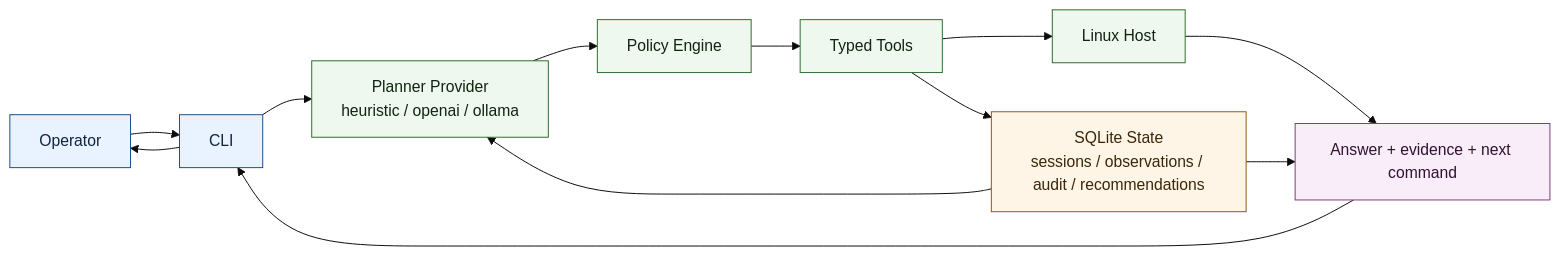
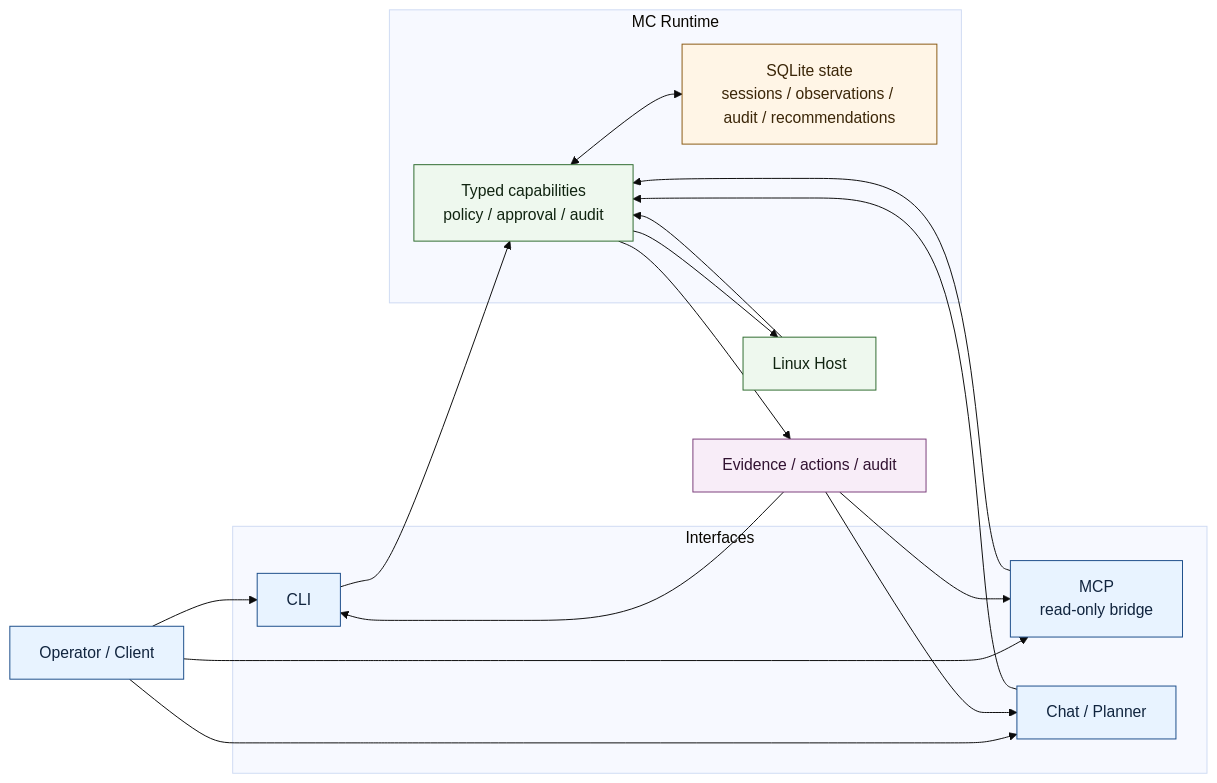
Before and after one commit to N1ghthill/master-control: the diagram in docs/diagrams/readme-overview.mmd, drawn with Mermaid (base theme). The commit also changed 4 other files, not shown here.

Commit message:
docs: realign runtime and mcp diagrams (#12)

```diff
--- a/docs/diagrams/readme-overview.mmd
+++ b/docs/diagrams/readme-overview.mmd
@@ -1,26 +1,43 @@
 flowchart LR
-    user[Operator]
-    cli[CLI]
-    provider[Planner Provider<br/>heuristic / openai / ollama]
-    policy[Policy Engine]
-    tools[Typed Tools]
+    user[Operator / Client]
+
+    subgraph interfaces[Interfaces]
+        cli[CLI]
+        mcp[MCP<br/>read-only bridge]
+        chat[Chat / Planner]
+    end
+
+    subgraph runtime[MC Runtime]
+        core[Typed capabilities<br/>policy / approval / audit]
+        state[SQLite state<br/>sessions / observations / audit / recommendations]
+    end
+
     host[Linux Host]
-    state[SQLite State<br/>sessions / observations / audit / recommendations]
-    reply[Answer + evidence + next command]
+    reply[Evidence / actions / audit]
 
-    user --> cli --> provider --> policy --> tools --> host
-    tools --> state
-    state --> provider
-    state --> reply
-    host --> reply
-    reply --> cli --> user
+    user --> cli
+    user --> mcp
+    user --> chat
+
+    cli --> core
+    mcp --> core
+    chat --> core
+
+    core <--> state
+    core --> host
+    host --> core
+
+    core --> reply
+    reply --> cli
+    reply --> mcp
+    reply --> chat
 
     classDef entry fill:#e8f3ff,stroke:#1b4d8a,stroke-width:1px,color:#10243e;
     classDef core fill:#eef8ee,stroke:#2f6b2f,stroke-width:1px,color:#102410;
     classDef data fill:#fff5e6,stroke:#8a5a12,stroke-width:1px,color:#3b2608;
     classDef output fill:#f8edf8,stroke:#7a3d7a,stroke-width:1px,color:#311231;
 
-    class user,cli entry;
-    class provider,policy,tools,host core;
+    class user,cli,mcp,chat entry;
+    class core,host core;
     class state data;
     class reply output;
```
